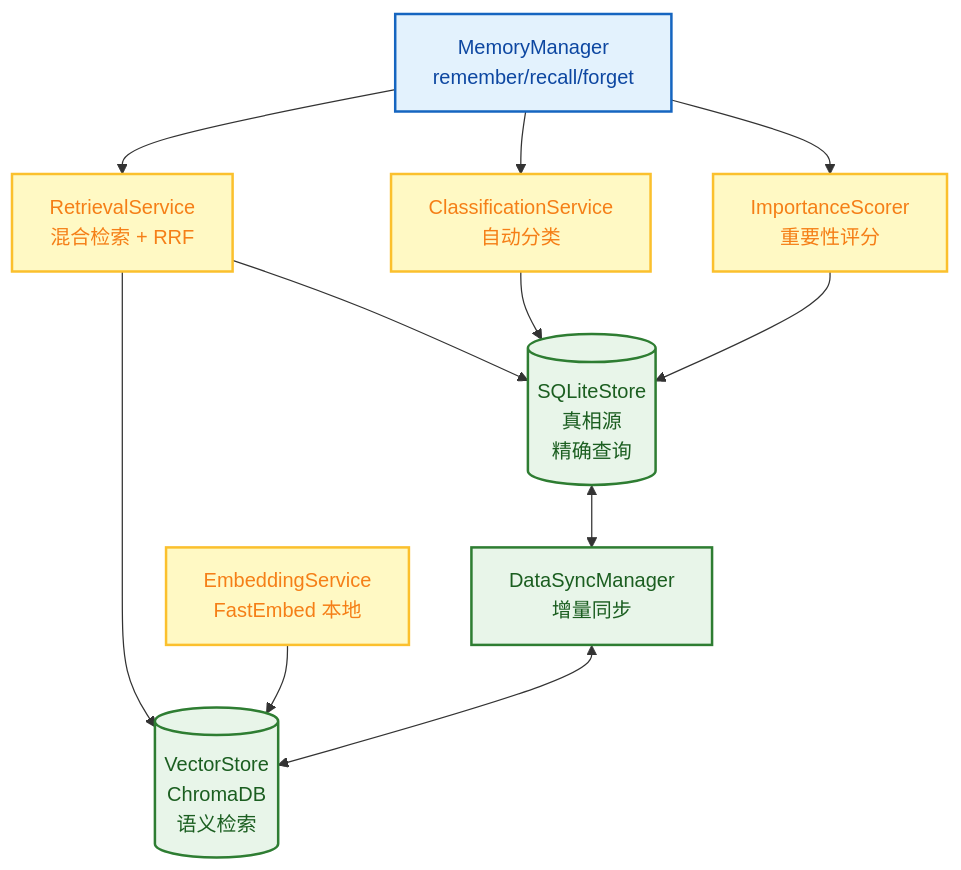
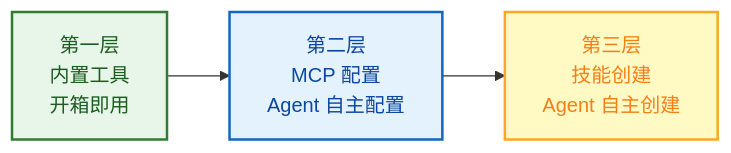
Before and after one commit to zhangjingyuan177-hue/FinchBot: the fourth of 15 diagrams in docs/zh-CN/blog/finchbot-flexible-ai-agent-framework.md, drawn with Mermaid. The commit also changed other lines of this file and 4 other files, not shown here.

````diff
--- a/docs/zh-CN/blog/finchbot-flexible-ai-agent-framework.md
+++ b/docs/zh-CN/blog/finchbot-flexible-ai-agent-framework.md
@@ -328,25 +201,8 @@
 ```mermaid
-flowchart TB
-    classDef businessLayer fill:#e3f2fd,stroke:#1565c0,stroke-width:2px,color:#0d47a1;
-    classDef serviceLayer fill:#fff9c4,stroke:#fbc02d,stroke-width:2px,color:#f57f17;
-    classDef storageLayer fill:#e8f5e9,stroke:#2e7d32,stroke-width:2px,color:#1b5e20;
+flowchart LR
+    classDef layer1 fill:#e8f5e9,stroke:#2e7d32,stroke-width:2px,color:#1b5e20;
+    classDef layer2 fill:#e3f2fd,stroke:#1565c0,stroke-width:2px,color:#0d47a1;
+    classDef layer3 fill:#fff9c4,stroke:#f9a825,stroke-width:2px,color:#f57f17;
 
-    MM[MemoryManager<br/>remember/recall/forget]:::businessLayer
-
-    RS[RetrievalService<br/>混合检索 + RRF]:::serviceLayer
-    CS[ClassificationService<br/>自动分类]:::serviceLayer
-    IS[ImportanceScorer<br/>重要性评分]:::serviceLayer
-    ES[EmbeddingService<br/>FastEmbed 本地]:::serviceLayer
-
-    SQLite[(SQLiteStore<br/>真相源<br/>精确查询)]:::storageLayer
-    Vector[(VectorStore<br/>ChromaDB<br/>语义检索)]:::storageLayer
-    DS[DataSyncManager<br/>增量同步]:::storageLayer
-
-    MM --> RS & CS & IS
-    RS --> SQLite & Vector
-    CS --> SQLite
-    IS --> SQLite
-    ES --> Vector
-
-    SQLite <--> DS <--> Vector
+    L1[第一层<br/>内置工具<br/>开箱即用]:::layer1 --> L2[第二层<br/>MCP 配置<br/>Agent 自主配置]:::layer2 --> L3[第三层<br/>技能创建<br/>Agent 自主创建]:::layer3
 ```
````
